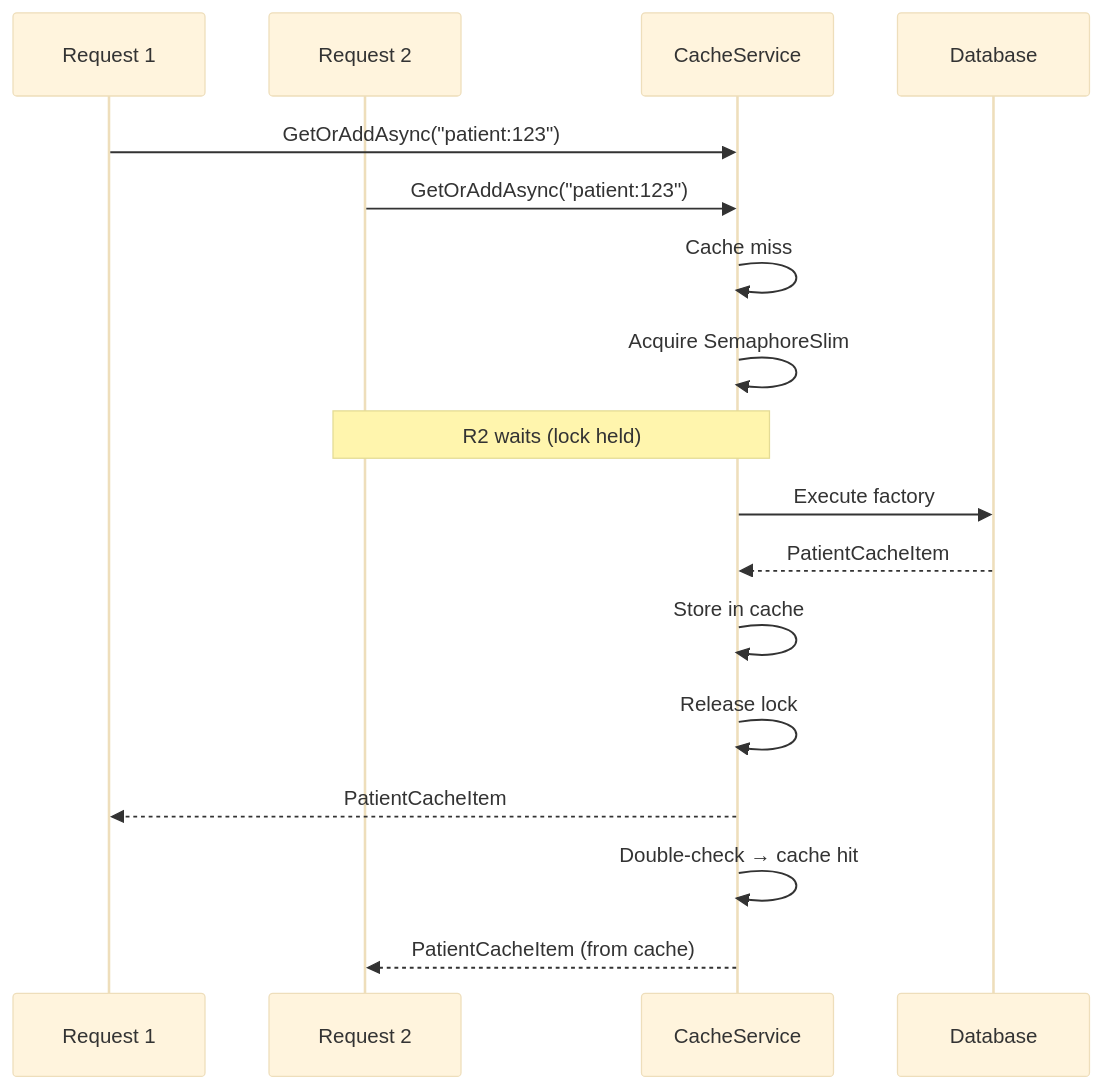
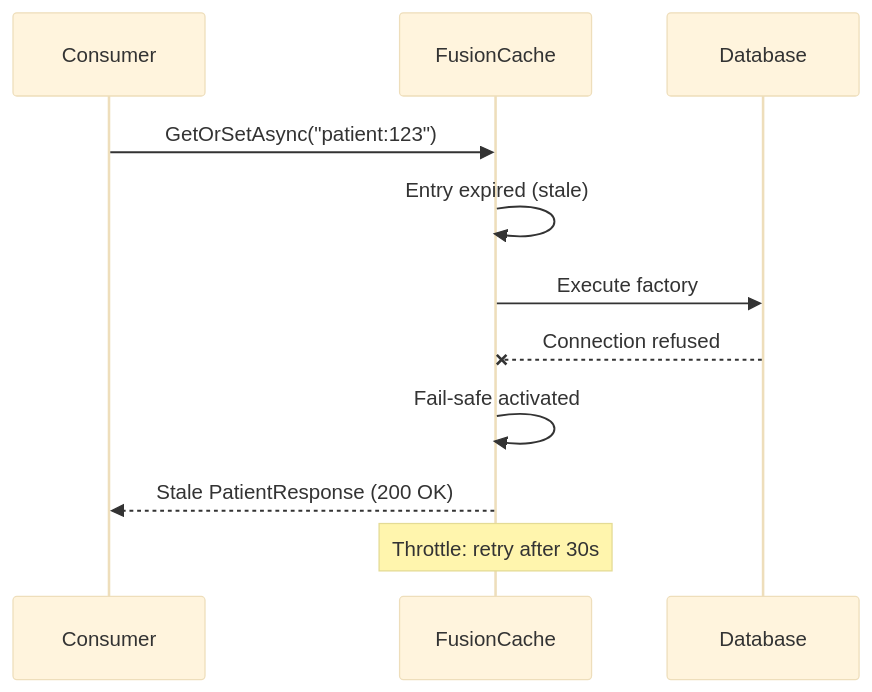
The second of 4 diagrams in docs-site/src/content/docs/dotnet/data/caching.mdx (granit-fx/granit-dotnet), drawn with Mermaid (base theme) before and after one commit. The commit also changed other lines of this file and 219 other files, not shown here.

First line of the commit message:
docs: update all documentation for FusionCache migration

````diff
--- a/docs-site/src/content/docs/dotnet/data/caching.mdx
+++ b/docs-site/src/content/docs/dotnet/data/caching.mdx
@@ -186,20 +211,14 @@
 ```mermaid
 sequenceDiagram
-    participant R1 as Request 1
-    participant R2 as Request 2
-    participant C as CacheService
+    participant C as Consumer
+    participant FC as FusionCache
     participant DB as Database
 
-    R1->>C: GetOrAddAsync("patient:123")
-    R2->>C: GetOrAddAsync("patient:123")
-    C->>C: Cache miss
-    C->>C: Acquire SemaphoreSlim
-    Note over R2,C: R2 waits (lock held)
-    C->>DB: Execute factory
-    DB-->>C: PatientCacheItem
-    C->>C: Store in cache
-    C->>C: Release lock
-    C-->>R1: PatientCacheItem
-    C->>C: Double-check → cache hit
-    C-->>R2: PatientCacheItem (from cache)
+    C->>FC: GetOrSetAsync("patient:123")
+    FC->>FC: Entry expired (stale)
+    FC->>DB: Execute factory
+    DB--xFC: Connection refused
+    FC->>FC: Fail-safe activated
+    FC-->>C: Stale PatientResponse (200 OK)
+    Note over FC: Throttle: retry after 30s
 ```
````
